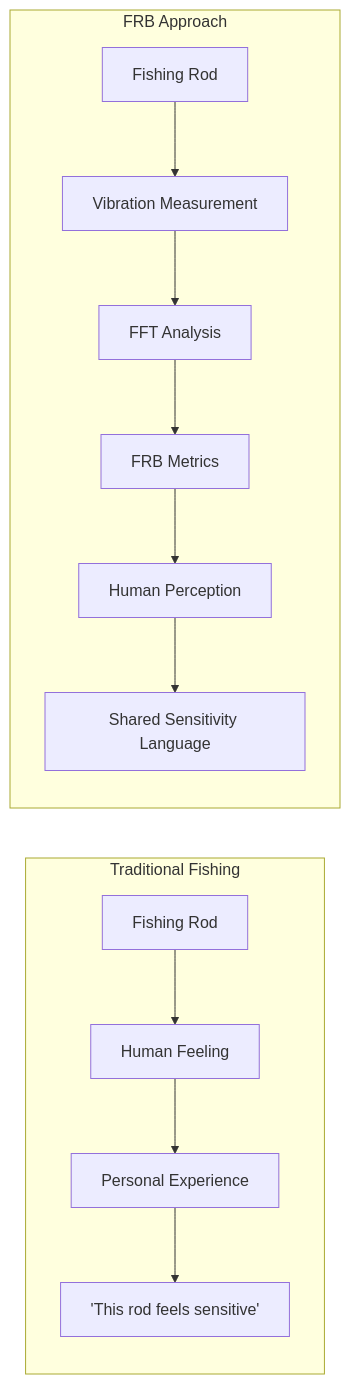
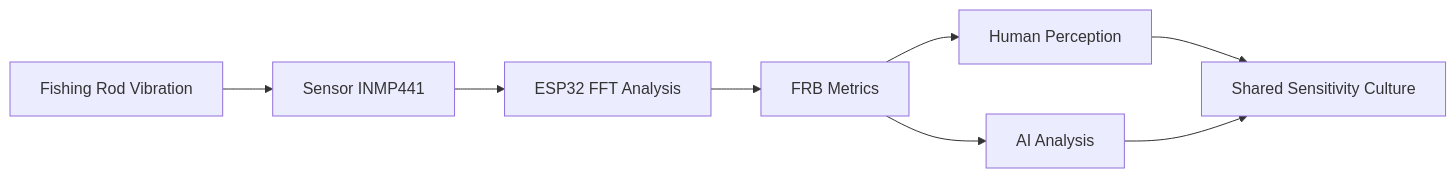
The second of 3 diagrams in README.md (tamasub/FRB), drawn with Mermaid before and after one commit.

Commit message:
mermaid upd

````diff
--- a/README.md
+++ b/README.md
@@ -43,17 +39,25 @@
 ```mermaid
 flowchart LR
 
-subgraph Traditional Fishing
-A[Fishing Rod] --> B[Human Feeling]
-B --> C[Personal Experience]
-C --> D["'This rod feels sensitive'"]
-end
+A[Fishing Rod Vibration]
+B[Sensor INMP441]
+C[ESP32 FFT Analysis]
+D[FRB Metrics]
 
-subgraph FRB Approach
-E[Fishing Rod] --> F[Vibration Measurement]
-F --> G[FFT Analysis]
-G --> H[FRB Metrics]
-H --> I[Human Perception]
-I --> J[Shared Sensitivity Language]
-end
+E[Human Perception]
+F[AI Analysis]
+
+G[Shared Sensitivity Culture]
+
+
+direction LR
+A --> B
+B --> C
+C --> D
+
+D --> E
+D --> F
+
+E --> G
+F --> G
 ```
````
